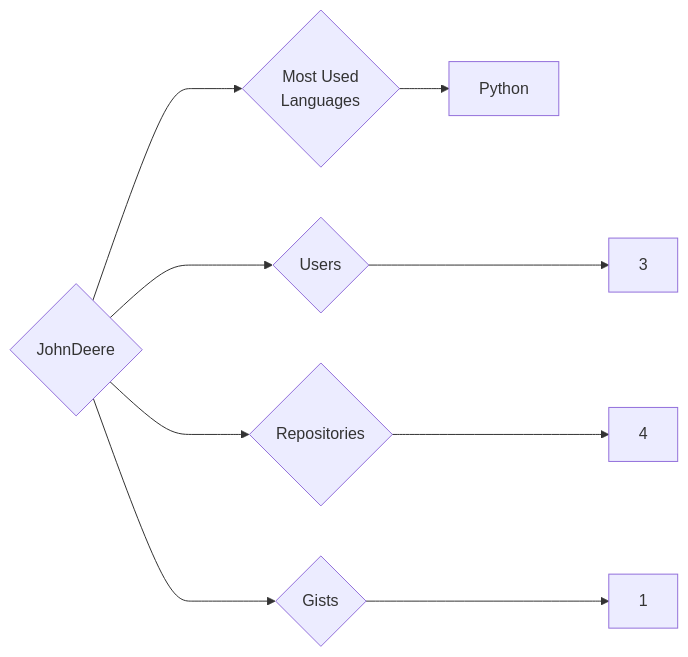
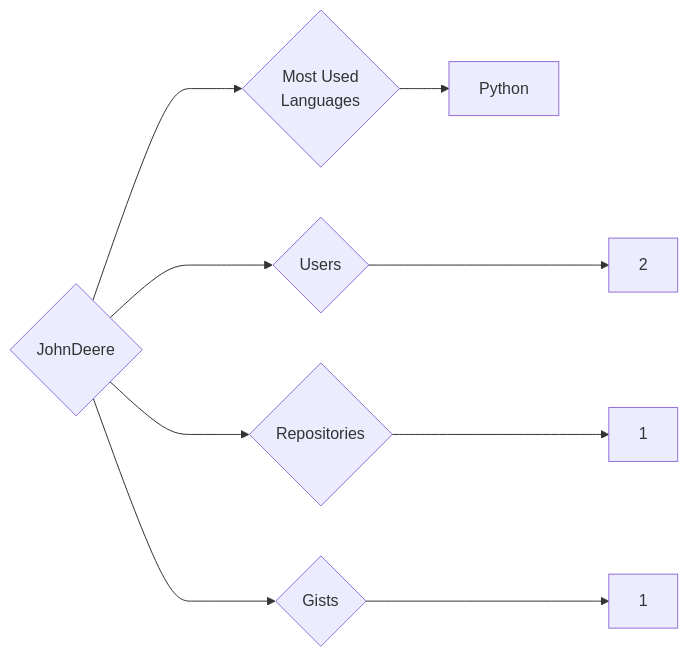
One commit to trickest/insiders changed the diagram in targets/JohnDeere/README.md. Above: the diagram before and after it, drawn with Mermaid. The commit also changed 688 other files, not shown here.

````diff
--- a/targets/JohnDeere/README.md
+++ b/targets/JohnDeere/README.md
@@ -3,9 +3,9 @@
 ```mermaid
 graph LR
 COMPANY_NAME{JohnDeere}
-COMPANY_NAME ---> U{Users} ---> UN[3]
-COMPANY_NAME ---> R{Repositories} ---> RN[4]
+COMPANY_NAME ---> U{Users} ---> UN[2]
+COMPANY_NAME ---> R{Repositories} ---> RN[1]
 COMPANY_NAME ---> G{Gists} ---> GN[1]
 COMPANY_NAME ---> ML{Most Used<br>Languages}
 ML --> Python[Python]
 ```
````
